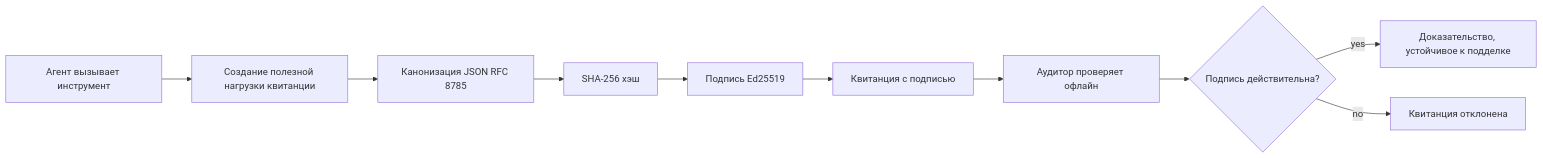
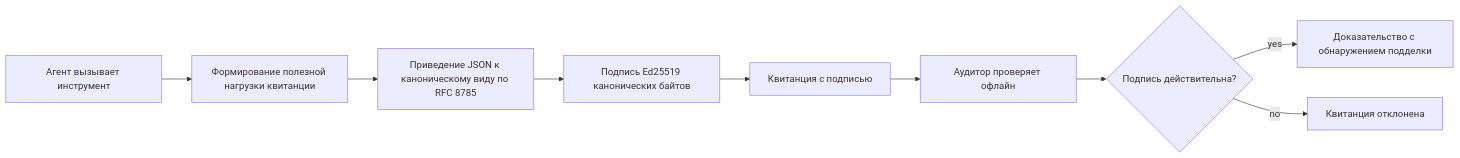
One commit to microsoft/ai-agents-for-beginners changed the first of 2 diagrams in translations/ru/18-securing-ai-agents/README.md. Above: the diagram before and after it, drawn with Mermaid. The commit also changed other lines of this file and 47 other files, not shown here.

````diff
--- a/translations/ru/18-securing-ai-agents/README.md
+++ b/translations/ru/18-securing-ai-agents/README.md
@@ -51,12 +51,11 @@
 ```mermaid
 flowchart LR
-    A[Агент вызывает инструмент] --> B[Создание полезной нагрузки квитанции]
-    B --> C[Канонизация JSON RFC 8785]
-    C --> D[SHA-256 хэш]
-    D --> E[Подпись Ed25519]
+    A[Агент вызывает инструмент] --> B[Формирование полезной нагрузки квитанции]
+    B --> C[Приведение JSON к каноническому виду по RFC 8785]
+    C --> E[Подпись Ed25519 канонических байтов]
     E --> F[Квитанция с подписью]
     F --> G[Аудитор проверяет офлайн]
     G --> H{Подпись действительна?}
-    H -- yes --> I[Доказательство, устойчивое к подделке]
+    H -- yes --> I[Доказательство с обнаружением подделки]
     H -- no --> J[Квитанция отклонена]
 ```
````
